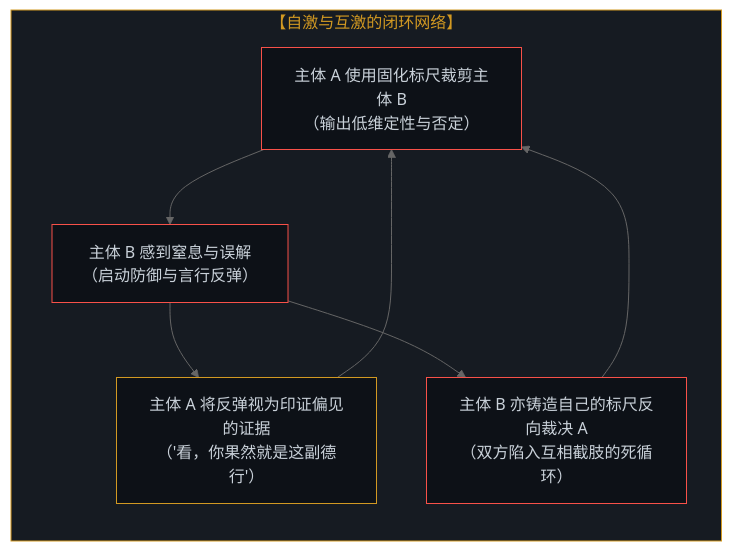
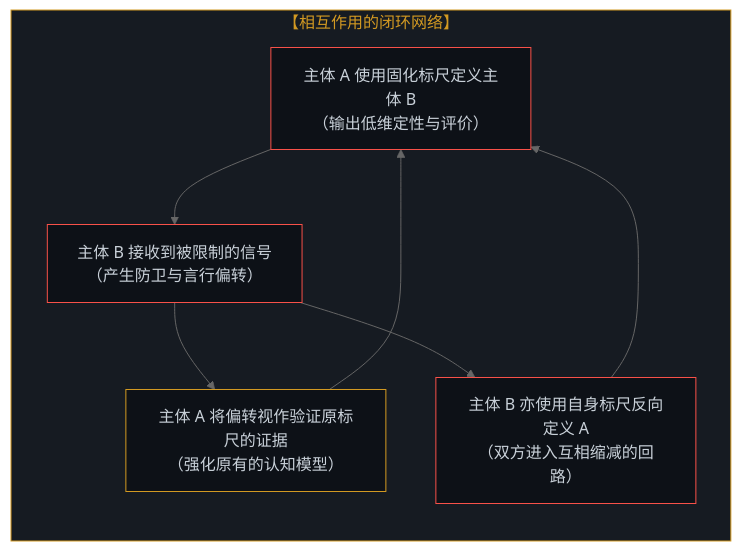
One commit to powerpig99/not-a-toe changed the third of 4 diagrams in content/posts/the-illusion-of-knowing-and-the-geometry-of-amputation.md. Above: the diagram before and after it, drawn with Mermaid (neutral theme). The commit also changed other lines of this file and 1 other file, not shown here.

````diff
--- a/content/posts/the-illusion-of-knowing-and-the-geometry-of-amputation.md
+++ b/content/posts/the-illusion-of-knowing-and-the-geometry-of-amputation.md
@@ -152,18 +152,18 @@
 ```mermaid
 graph TD
-    subgraph S_Vicious_Cycle["【自激与互激的闭环网络】"]
+    subgraph S_Vicious_Cycle["【相互作用的闭环网络】"]
         direction TB
-        V1["主体 A 使用固化标尺裁剪主体 B<br>（输出低维定性与否定）"]
-        V2["主体 B 感到窒息与误解<br>（启动防御与言行反弹）"]
-        V3["主体 A 将反弹视为印证偏见的证据<br>（'看，你果然就是这副德行'）"]
-        V4["主体 B 亦铸造自己的标尺反向裁决 A<br>（双方陷入互相截肢的死循环）"]
+        V1["主体 A 使用固化标尺定义主体 B<br>（输出低维定性与评价）"]
+        V2["主体 B 接收到被限制的信号<br>（产生防卫与言行偏转）"]
+        V3["主体 A 将偏转视作验证原标尺的证据<br>（强化原有的认知模型）"]
+        V4["主体 B 亦使用自身标尺反向定义 A<br>（双方进入互相缩减的回路）"]
         V1 --> V2 --> V3 --> V1
         V2 --> V4 --> V1
     end
 
     style S_Vicious_Cycle fill:#161b22,stroke:#d29922,stroke-width:1px,color:#d29922
     style V1 fill:#0d1117,stroke:#f85149,stroke-width:1px,color:#c9d1d9
     style V2 fill:#0d1117,stroke:#f85149,stroke-width:1px,color:#c9d1d9
     style V3 fill:#0d1117,stroke:#d29922,stroke-width:1px,color:#c9d1d9
     style V4 fill:#0d1117,stroke:#f85149,stroke-width:1px,color:#c9d1d9
 ```
````
